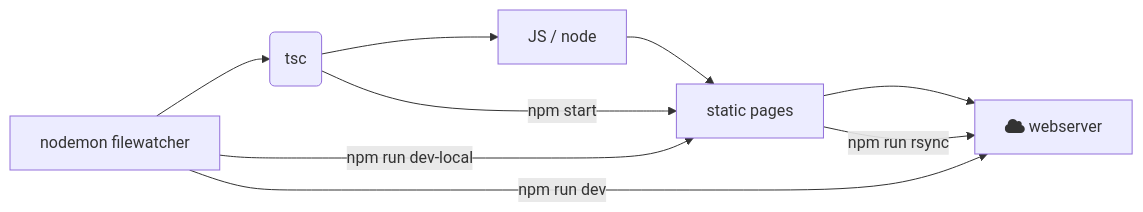
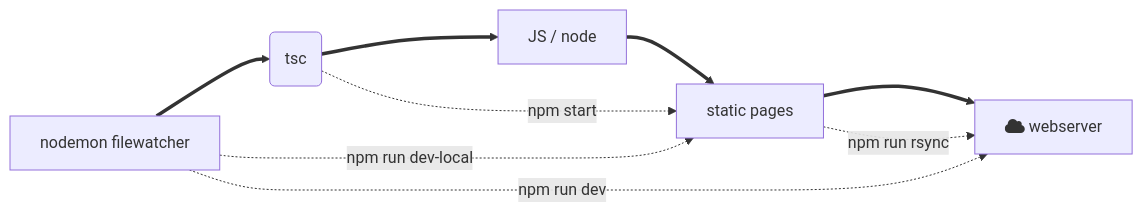
Before and after one commit to JulianNymark/www: the fifth of 5 diagrams in coolthings/src/markdown/diagrams.md, drawn with Mermaid. The commit also changed 1 other file, not shown here.

Commit message:
update pipeline.png (stipled arrows, and THICC arrows)

```diff
--- a/coolthings/src/markdown/diagrams.md
+++ b/coolthings/src/markdown/diagrams.md
@@ -51,11 +51,11 @@
 <div class="mermaid">
     graph LR
-    A[nodemon filewatcher] --> B(tsc)
-    B --> C[JS / node]
-    C --> E[static pages]
-    E --> F[fa:fa-cloud webserver]
-    B --> |npm start| E
-    A-->|npm run dev-local| E
-    A -->|npm run dev| F
-    E -->|npm run rsync|F
+    A[nodemon filewatcher] ==> B(tsc)
+    B ==> C[JS / node]
+    C ==> E[static pages]
+    E ==> F[fa:fa-cloud webserver]
+    B -.-> |npm start| E
+    A -.->|npm run dev-local| E
+    A -.->|npm run dev| F
+    E -.->|npm run rsync|F
 </div>
```
